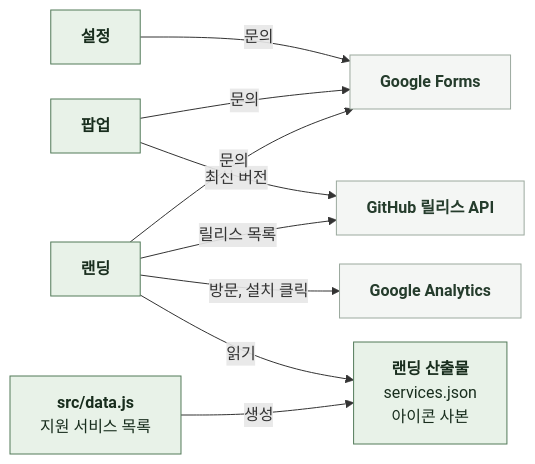
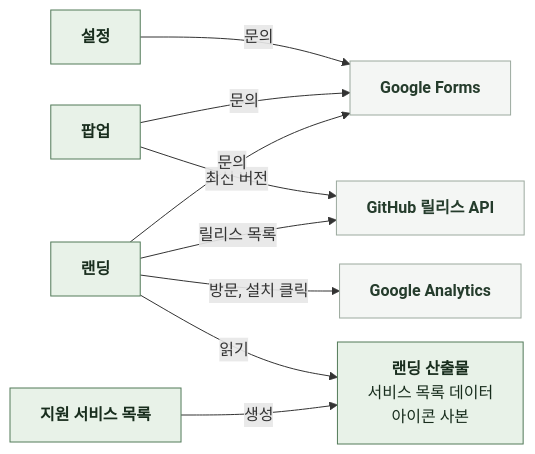
Before and after one commit to kangkyunghyun/LinKHU: the diagram in docs/spec/5-CONTRACT.md, drawn with Mermaid. The commit also changed other lines of this file and 23 other files, not shown here.

````diff
--- a/docs/spec/5-CONTRACT.md
+++ b/docs/spec/5-CONTRACT.md
@@ -9,19 +7,18 @@
 ```mermaid
 %%{init: {"flowchart": {"curve": "basis", "nodeSpacing": 24, "rankSpacing": 56}}}%%
 flowchart LR
     O["`**설정**`"] -->|문의| GF["`**Google Forms**`"]
     P["`**팝업**`"] -->|문의| GF
     P -->|최신 버전| GH["`**GitHub 릴리스 API**`"]
     LD["`**랜딩**`"] -->|문의| GF
     LD -->|릴리스 목록| GH
     LD -->|방문, 설치 클릭| GA["`**Google Analytics**`"]
     LD -->|읽기| S["`**랜딩 산출물**
-services.json
+서비스 목록 데이터
 아이콘 사본`"]
-    D["`**src/data.js**
-지원 서비스 목록`"] -->|생성| S
+    D["`**지원 서비스 목록**`"] -->|생성| S
     classDef comp fill:#E8F2E8,stroke:#527A59,color:#182D1D
     classDef ext fill:#F4F6F4,stroke:#9BA99E,color:#253C2C
     class O,P,LD,S,D comp
     class GF,GH,GA ext
 ```
````
